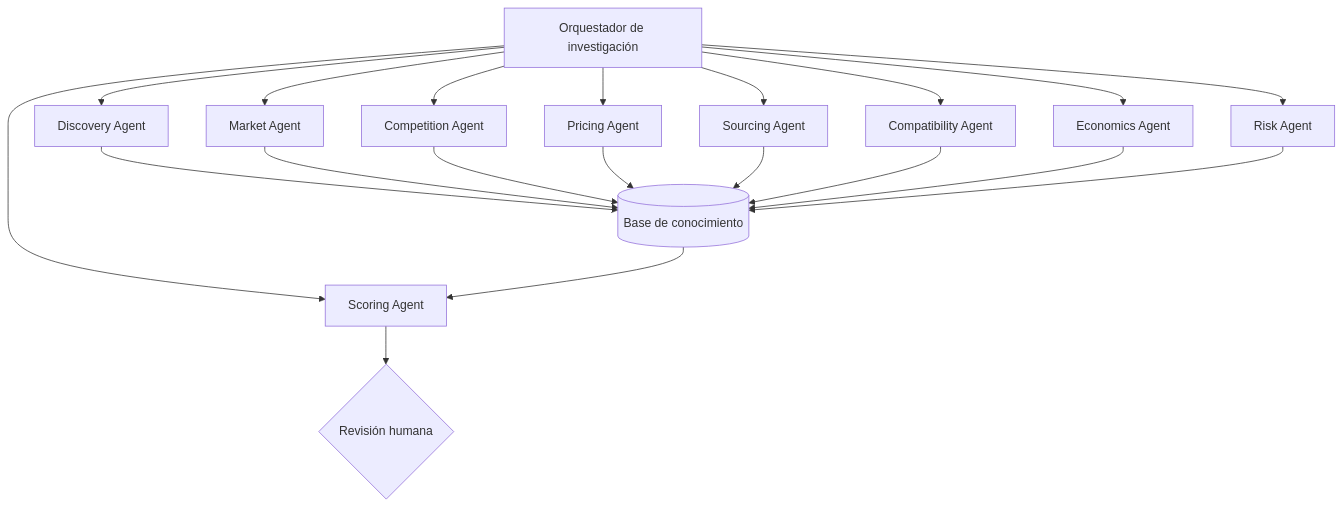
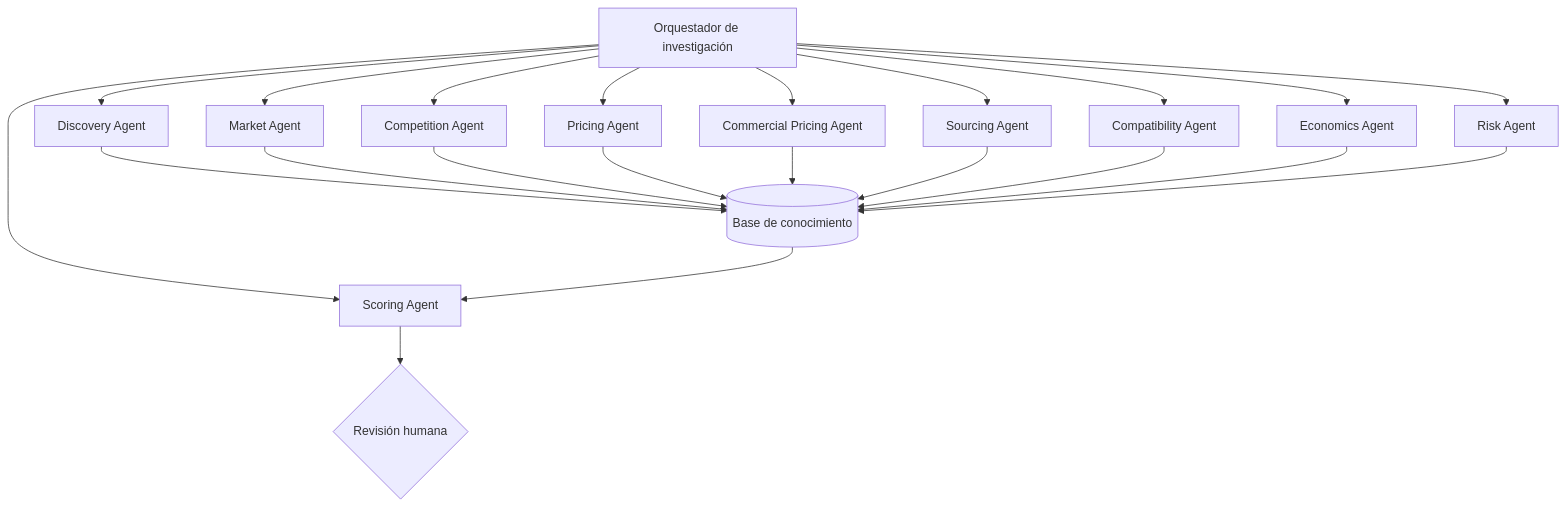
The diagram in docs/architecture/AGENT_ARCHITECTURE.md (Gabriellqe/COIE), drawn with Mermaid before and after one commit. The commit also changed other lines of this file and 48 other files, not shown here.

Commit message:
restructure COIE around MVP-A decision flow

````diff
--- a/docs/architecture/AGENT_ARCHITECTURE.md
+++ b/docs/architecture/AGENT_ARCHITECTURE.md
@@ -18,15 +18,16 @@
 ```mermaid
 flowchart TD
     O["Orquestador de investigación"] --> D["Discovery Agent"]
     O --> M["Market Agent"]
     O --> C["Competition Agent"]
     O --> P["Pricing Agent"]
+    O --> CP["Commercial Pricing Agent"]
     O --> S["Sourcing Agent"]
     O --> K["Compatibility Agent"]
     O --> E["Economics Agent"]
     O --> R["Risk Agent"]
     O --> G["Scoring Agent"]
-    D & M & C & P & S & K & E & R --> KB[("Base de conocimiento")]
+    D & M & C & P & CP & S & K & E & R --> KB[("Base de conocimiento")]
     KB --> G
     G --> H{"Revisión humana"}
 ```
````
